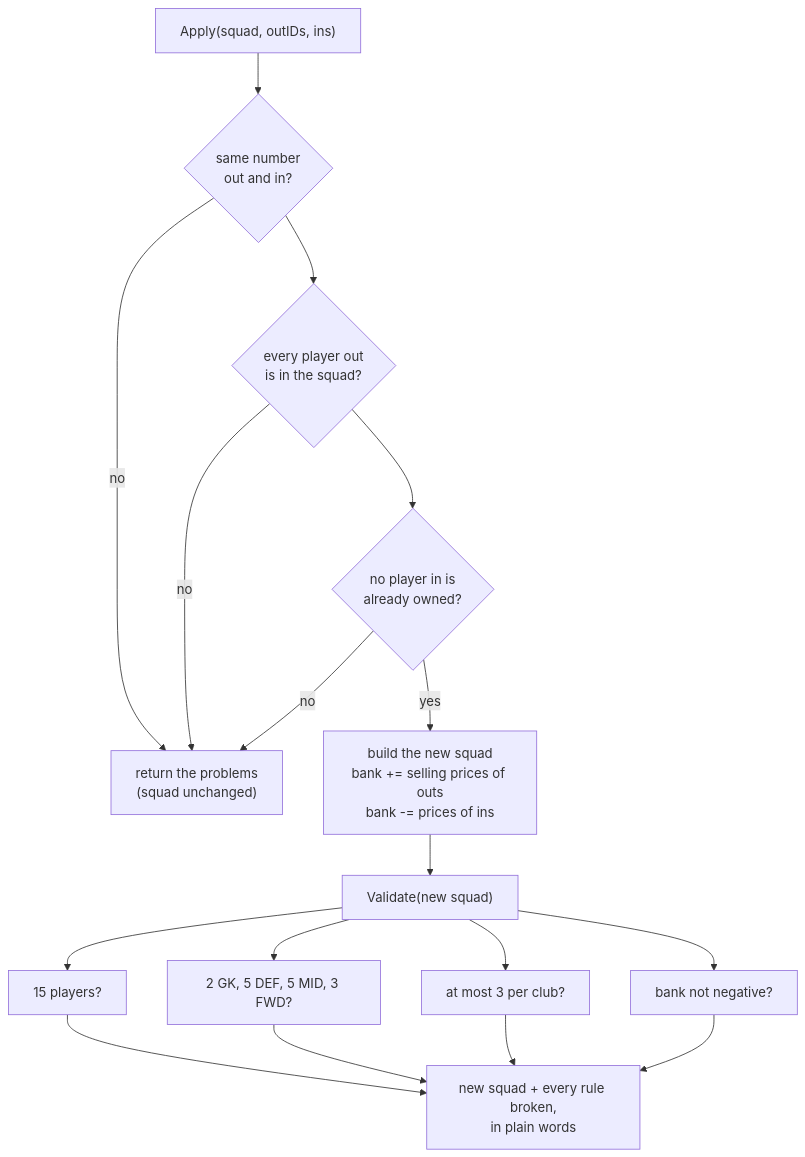
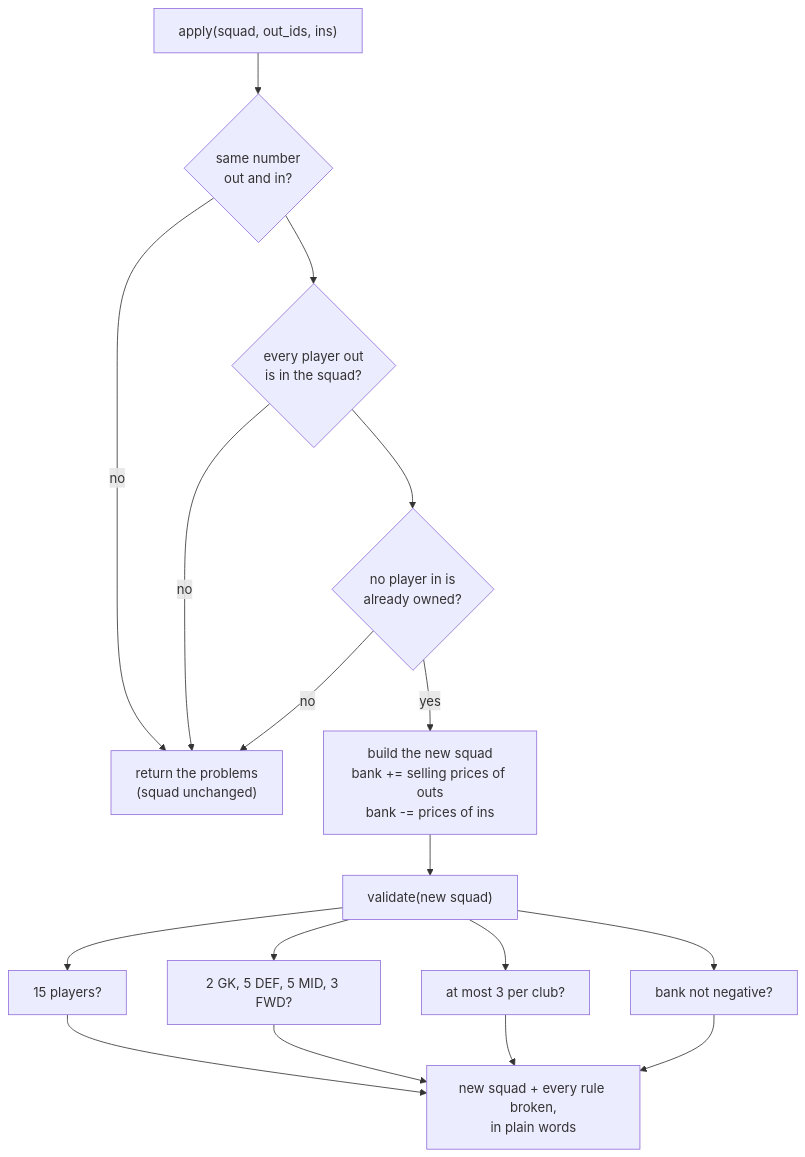
The tenth of 13 diagrams in docs/architecture.md (KaartikeyNatrajan/SquadScout), drawn with Mermaid before and after one commit. The commit also changed other lines of this file and 188 other files, not shown here.

````diff
--- a/docs/architecture.md
+++ b/docs/architecture.md
@@ -419,22 +512,22 @@
 ```mermaid
 flowchart TD
-    start["Apply(squad, outIDs, ins)"]
+    start["apply(squad, out_ids, ins)"]
     c1{"same number<br/>out and in?"}
     c2{"every player out<br/>is in the squad?"}
     c3{"no player in is<br/>already owned?"}
     stop["return the problems<br/>(squad unchanged)"]
     build["build the new squad<br/>bank += selling prices of outs<br/>bank -= prices of ins"]
-    v["Validate(new squad)"]
+    v["validate(new squad)"]
     r1["15 players?"]
     r2["2 GK, 5 DEF, 5 MID, 3 FWD?"]
     r3["at most 3 per club?"]
     r4["bank not negative?"]
     result["new squad + every rule broken,<br/>in plain words"]
 
     start --> c1 --> c2 --> c3
     c1 -- no --> stop
     c2 -- no --> stop
     c3 -- no --> stop
     c3 -- yes --> build --> v
     v --> r1 & r2 & r3 & r4 --> result
 ```
````
